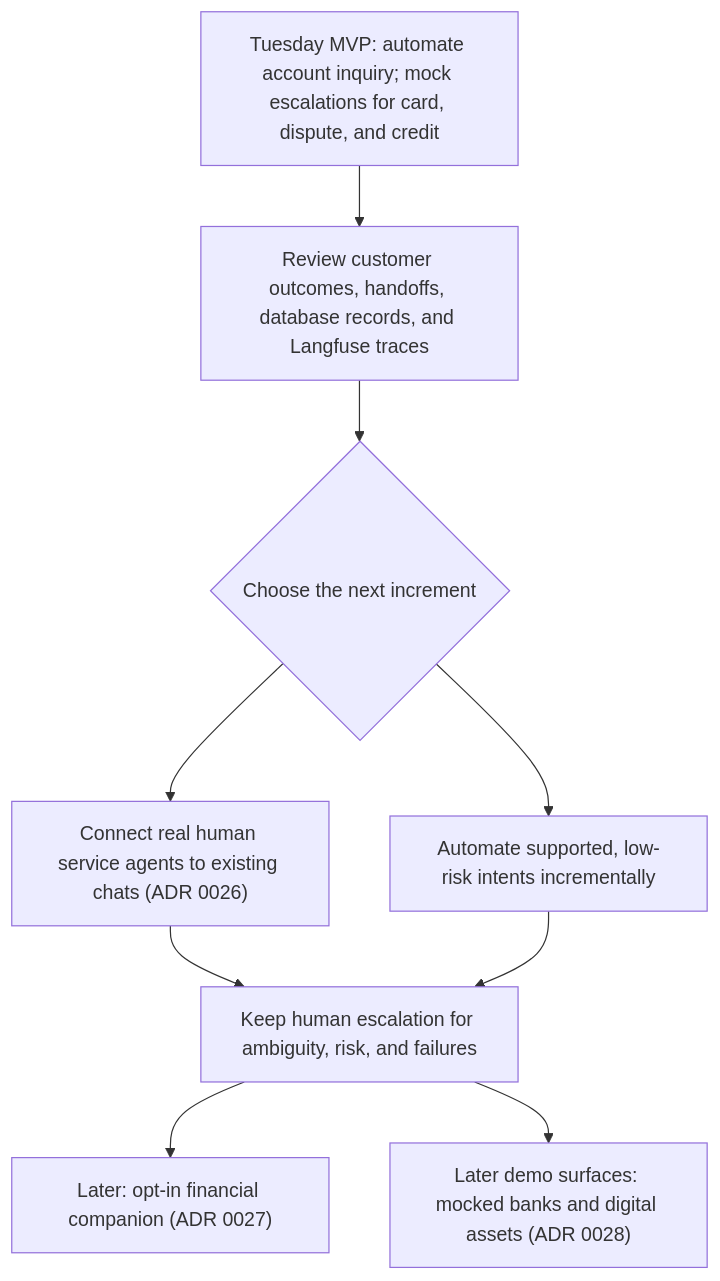
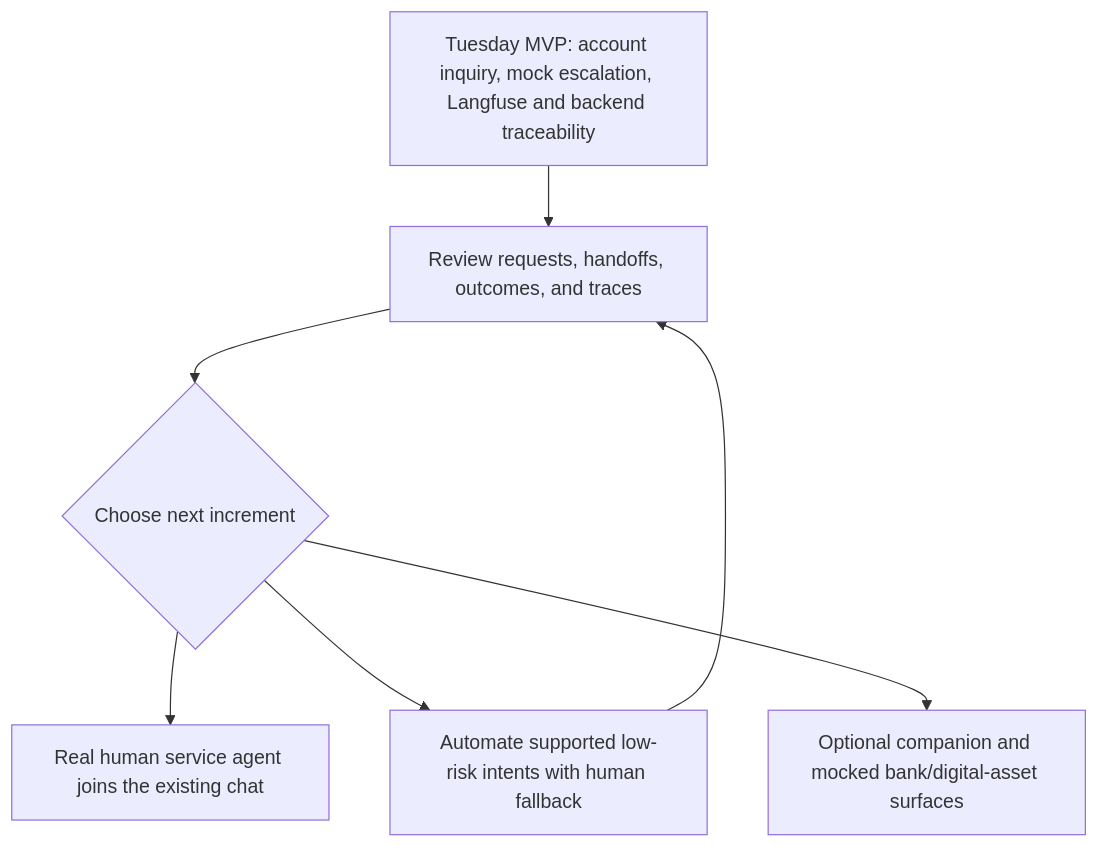
Before and after one commit to Youngermaster/factored-hackathon-2026-la-brasil-del-70: the second of 2 diagrams in docs/adr/0025-tuesday-account-inquiry-mvp-and-observability.md, drawn with Mermaid. The commit also changed other lines of this file, not shown here.

Commit message:
docs: tighten Tuesday MVP ADR

````diff
--- a/docs/adr/0025-tuesday-account-inquiry-mvp-and-observability.md
+++ b/docs/adr/0025-tuesday-account-inquiry-mvp-and-observability.md
@@ -136,17 +86,14 @@
 ```mermaid
 flowchart TD
-    MVP["Tuesday MVP: automate account inquiry; mock escalations for card, dispute, and credit"]
-    OBS["Review customer outcomes, handoffs, database records, and Langfuse traces"]
-    NEXT{"Choose the next increment"}
-    LIVE["Connect real human service agents to existing chats (ADR 0026)"]
-    AUTO["Automate supported, low-risk intents incrementally"]
-    SAFE["Keep human escalation for ambiguity, risk, and failures"]
-    PERSONAL["Later: opt-in financial companion (ADR 0027)"]
-    MOCKS["Later demo surfaces: mocked banks and digital assets (ADR 0028)"]
+    MVP[Tuesday MVP: account inquiry, mock escalation, Langfuse and backend traceability]
+    REVIEW[Review requests, handoffs, outcomes, and traces]
+    NEXT{Choose next increment}
+    HUMAN[Real human service agent joins the existing chat]
+    AUTO[Automate supported low-risk intents with human fallback]
+    LATER[Optional companion and mocked bank/digital-asset surfaces]
 
-    MVP --> OBS --> NEXT
-    NEXT --> LIVE --> SAFE
-    NEXT --> AUTO --> SAFE
-    SAFE --> PERSONAL
-    SAFE --> MOCKS
+    MVP --> REVIEW --> NEXT
+    NEXT --> HUMAN
+    NEXT --> AUTO --> REVIEW
+    NEXT --> LATER
 ```
````
